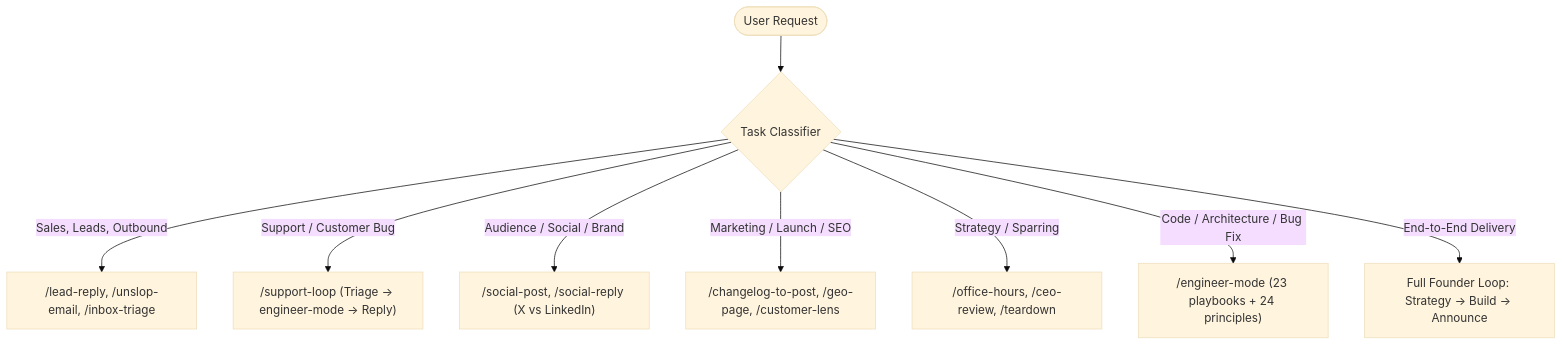
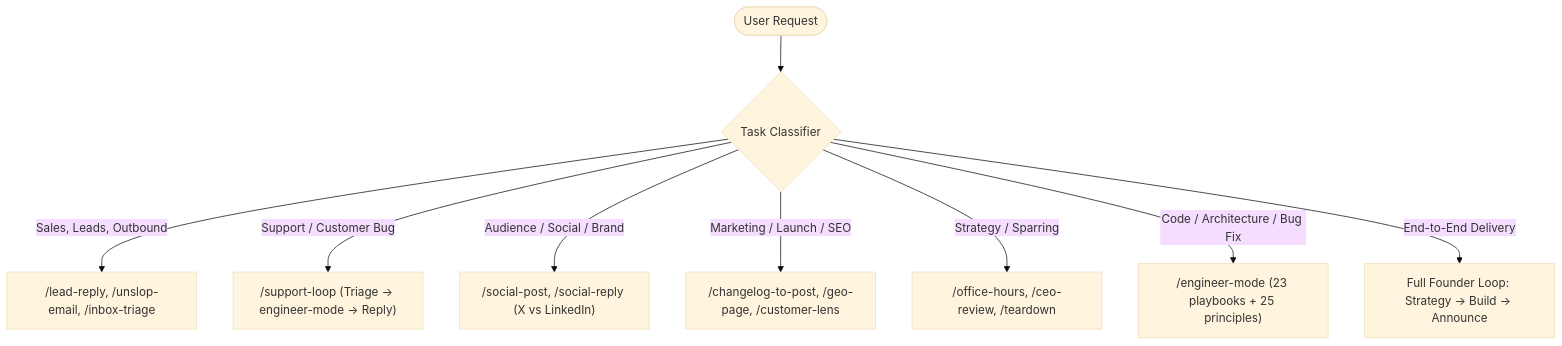
The diagram in skills/fstack/SKILL.md (Scino/fstack), drawn with Mermaid (base theme) before and after one commit. The commit also changed other lines of this file and 173 other files, not shown here.

````diff
--- a/skills/fstack/SKILL.md
+++ b/skills/fstack/SKILL.md
@@ -25,12 +25,12 @@
 ```mermaid
 graph TD
     UserRequest([User Request]) --> Router{Task Classifier}
     
     Router -->|"Sales, Leads, Outbound"| Sales["/lead-reply, /unslop-email, /inbox-triage"]
     Router -->|"Support / Customer Bug"| Support["/support-loop (Triage -> engineer-mode -> Reply)"]
     Router -->|"Audience / Social / Brand"| Social["/social-post, /social-reply (X vs LinkedIn)"]
     Router -->|"Marketing / Launch / SEO"| Marketing["/changelog-to-post, /geo-page, /customer-lens"]
     Router -->|"Strategy / Sparring"| Strategy["/office-hours, /ceo-review, /teardown"]
-    Router -->|"Code / Architecture / Bug Fix"| Eng["/engineer-mode (23 playbooks + 24 principles)"]
+    Router -->|"Code / Architecture / Bug Fix"| Eng["/engineer-mode (23 playbooks + 25 principles)"]
     Router -->|"End-to-End Delivery"| FullLoop["Full Founder Loop: Strategy -> Build -> Announce"]
 ```
````
